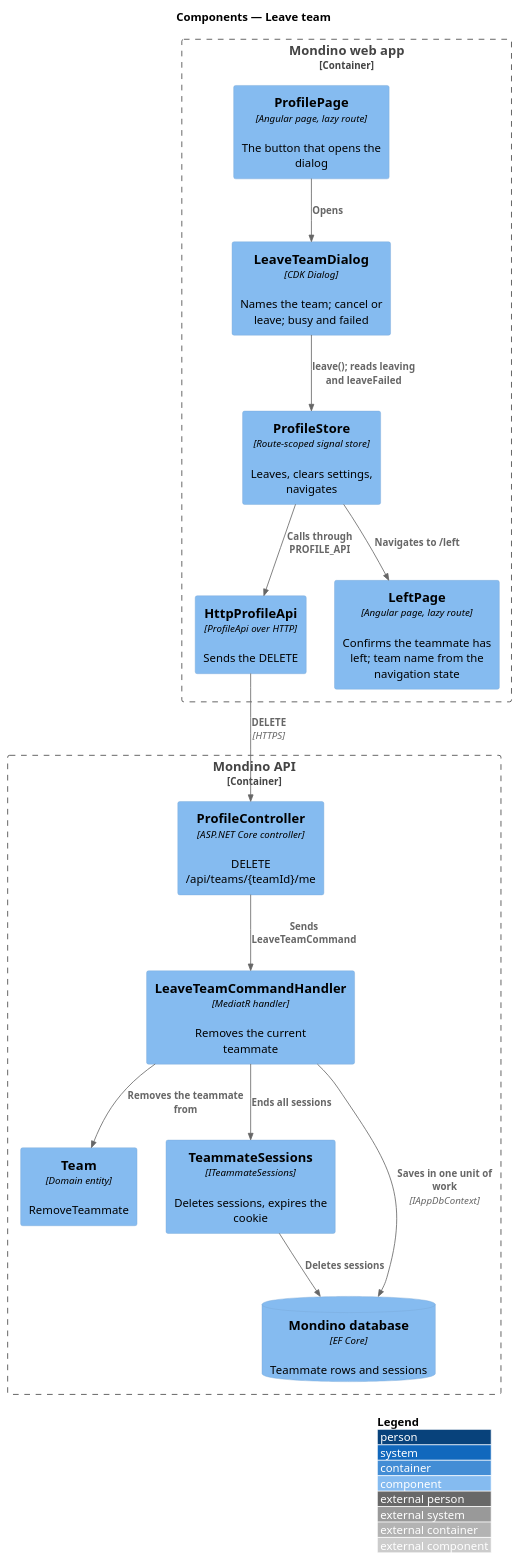
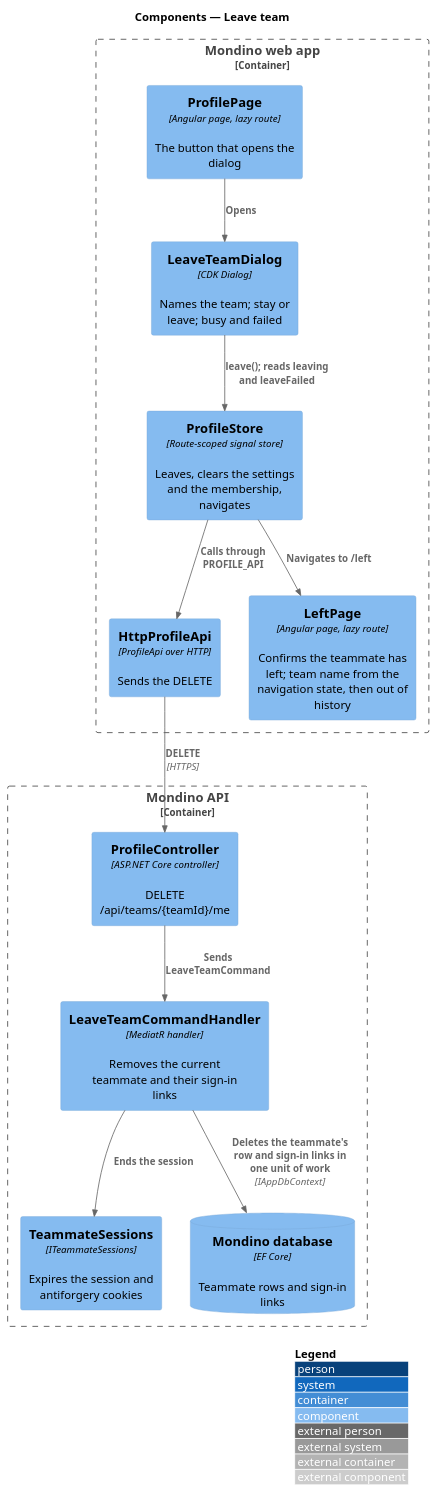
The diagram in docs/detailed-designs/profile/leave-team/diagrams/c4-component.puml (QuinntyneBrown/Mondino), drawn with PlantUML before and after one commit. The commit also changed 16 other files, not shown here.

First line of the commit message:
Decide what leaving deletes and align the leave design with the code

```diff
--- a/docs/detailed-designs/profile/leave-team/diagrams/c4-component.puml
+++ b/docs/detailed-designs/profile/leave-team/diagrams/c4-component.puml
@@ -1,31 +1,28 @@
 @startuml
 !include <C4/C4_Component>
 LAYOUT_WITH_LEGEND()
 title Components — Leave team
 
 Container_Boundary(spa, "Mondino web app") {
   Component(page, "ProfilePage", "Angular page, lazy route", "The button that opens the dialog")
-  Component(dialog, "LeaveTeamDialog", "CDK Dialog", "Names the team; cancel or leave; busy and failed")
-  Component(store, "ProfileStore", "Route-scoped signal store", "Leaves, clears settings, navigates")
+  Component(dialog, "LeaveTeamDialog", "CDK Dialog", "Names the team; stay or leave; busy and failed")
+  Component(store, "ProfileStore", "Route-scoped signal store", "Leaves, clears the settings and the membership, navigates")
   Component(client, "HttpProfileApi", "ProfileApi over HTTP", "Sends the DELETE")
-  Component(left, "LeftPage", "Angular page, lazy route", "Confirms the teammate has left; team name from the navigation state")
+  Component(left, "LeftPage", "Angular page, lazy route", "Confirms the teammate has left; team name from the navigation state, then out of history")
 }
 Container_Boundary(api, "Mondino API") {
   Component(ctrl, "ProfileController", "ASP.NET Core controller", "DELETE /api/teams/{teamId}/me")
-  Component(handler, "LeaveTeamCommandHandler", "MediatR handler", "Removes the current teammate")
-  Component(team, "Team", "Domain entity", "RemoveTeammate")
-  Component(sessions, "TeammateSessions", "ITeammateSessions", "Deletes sessions, expires the cookie")
-  ComponentDb(db, "Mondino database", "EF Core", "Teammate rows and sessions")
+  Component(handler, "LeaveTeamCommandHandler", "MediatR handler", "Removes the current teammate and their sign-in links")
+  Component(sessions, "TeammateSessions", "ITeammateSessions", "Expires the session and antiforgery cookies")
+  ComponentDb(db, "Mondino database", "EF Core", "Teammate rows and sign-in links")
 }
 
 Rel(page, dialog, "Opens")
 Rel(dialog, store, "leave(); reads leaving and leaveFailed")
 Rel(store, client, "Calls through PROFILE_API")
 Rel(store, left, "Navigates to /left")
 Rel(client, ctrl, "DELETE", "HTTPS")
 Rel(ctrl, handler, "Sends LeaveTeamCommand")
-Rel(handler, team, "Removes the teammate from")
-Rel(handler, sessions, "Ends all sessions")
-Rel(handler, db, "Saves in one unit of work", "IAppDbContext")
-Rel(sessions, db, "Deletes sessions")
+Rel(handler, db, "Deletes the teammate's row and sign-in links in one unit of work", "IAppDbContext")
+Rel(handler, sessions, "Ends the session")
 @enduml
```
